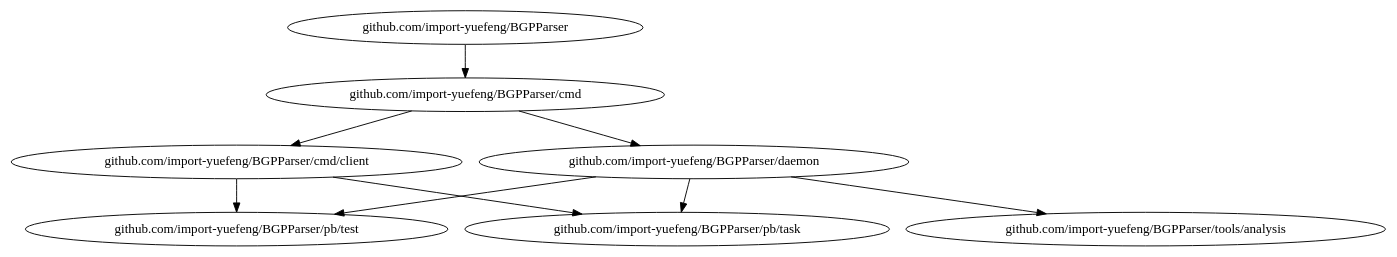
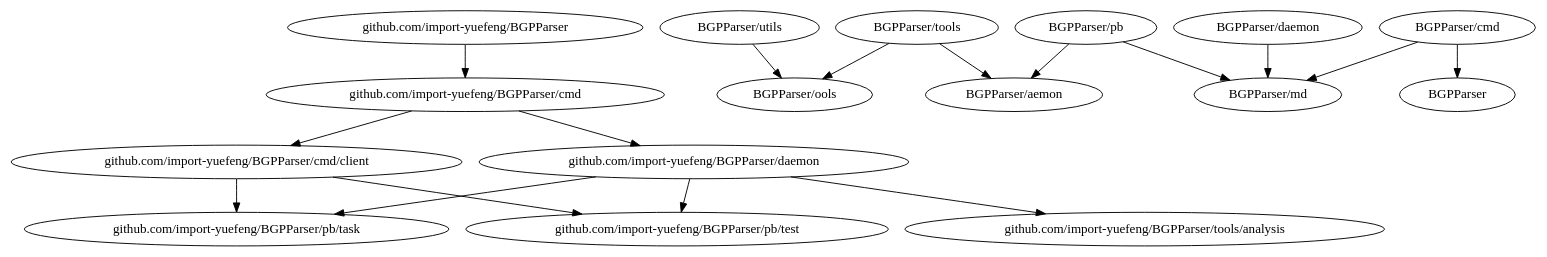
Before and after one commit to import-yuefeng/BGPParser: the diagram in BGPParser.dot, drawn with Graphviz. The commit also changed 23 other files, not shown here.

```diff
--- a/BGPParser.dot
+++ b/BGPParser.dot
@@ -1,17 +1,25 @@
 digraph G {
+"github.com/import-yuefeng/BGPParser/pb/test";
+"github.com/import-yuefeng/BGPParser/cmd";
+"github.com/import-yuefeng/BGPParser/daemon"->"github.com/import-yuefeng/BGPParser/pb/test";
 "github.com/import-yuefeng/BGPParser"->"github.com/import-yuefeng/BGPParser/cmd";
-"github.com/import-yuefeng/BGPParser/cmd"->"github.com/import-yuefeng/BGPParser/daemon";
+"github.com/import-yuefeng/BGPParser/pb/task";
+	"BGPParser/utils" -> "BGPParser/ools"
+"github.com/import-yuefeng/BGPParser/cmd/client"->"github.com/import-yuefeng/BGPParser/pb/test";
+"github.com/import-yuefeng/BGPParser/daemon";
 "github.com/import-yuefeng/BGPParser/cmd"->"github.com/import-yuefeng/BGPParser/cmd/client";
 "github.com/import-yuefeng/BGPParser/daemon"->"github.com/import-yuefeng/BGPParser/pb/task";
+"github.com/import-yuefeng/BGPParser/cmd/client"->"github.com/import-yuefeng/BGPParser/pb/task";
+	"BGPParser/tools" -> "BGPParser/aemon"
+	"BGPParser/cmd" -> "BGPParser"
+	"BGPParser/pb" -> "BGPParser/md"
+"github.com/import-yuefeng/BGPParser";
+	"BGPParser/daemon" -> "BGPParser/md"
+"github.com/import-yuefeng/BGPParser/cmd/client";
+"github.com/import-yuefeng/BGPParser/cmd"->"github.com/import-yuefeng/BGPParser/daemon";
+	"BGPParser/tools" -> "BGPParser/ools"
 "github.com/import-yuefeng/BGPParser/daemon"->"github.com/import-yuefeng/BGPParser/tools/analysis";
-"github.com/import-yuefeng/BGPParser/daemon"->"github.com/import-yuefeng/BGPParser/pb/test";
-"github.com/import-yuefeng/BGPParser/cmd/client"->"github.com/import-yuefeng/BGPParser/pb/test";
-"github.com/import-yuefeng/BGPParser/cmd/client"->"github.com/import-yuefeng/BGPParser/pb/task";
-"github.com/import-yuefeng/BGPParser/pb/task";
+	"BGPParser/pb" -> "BGPParser/aemon"
 "github.com/import-yuefeng/BGPParser/tools/analysis";
-"github.com/import-yuefeng/BGPParser/pb/test";
-"github.com/import-yuefeng/BGPParser";
-"github.com/import-yuefeng/BGPParser/cmd";
-"github.com/import-yuefeng/BGPParser/daemon";
-"github.com/import-yuefeng/BGPParser/cmd/client";
+	"BGPParser/cmd" -> "BGPParser/md"
 }
```
